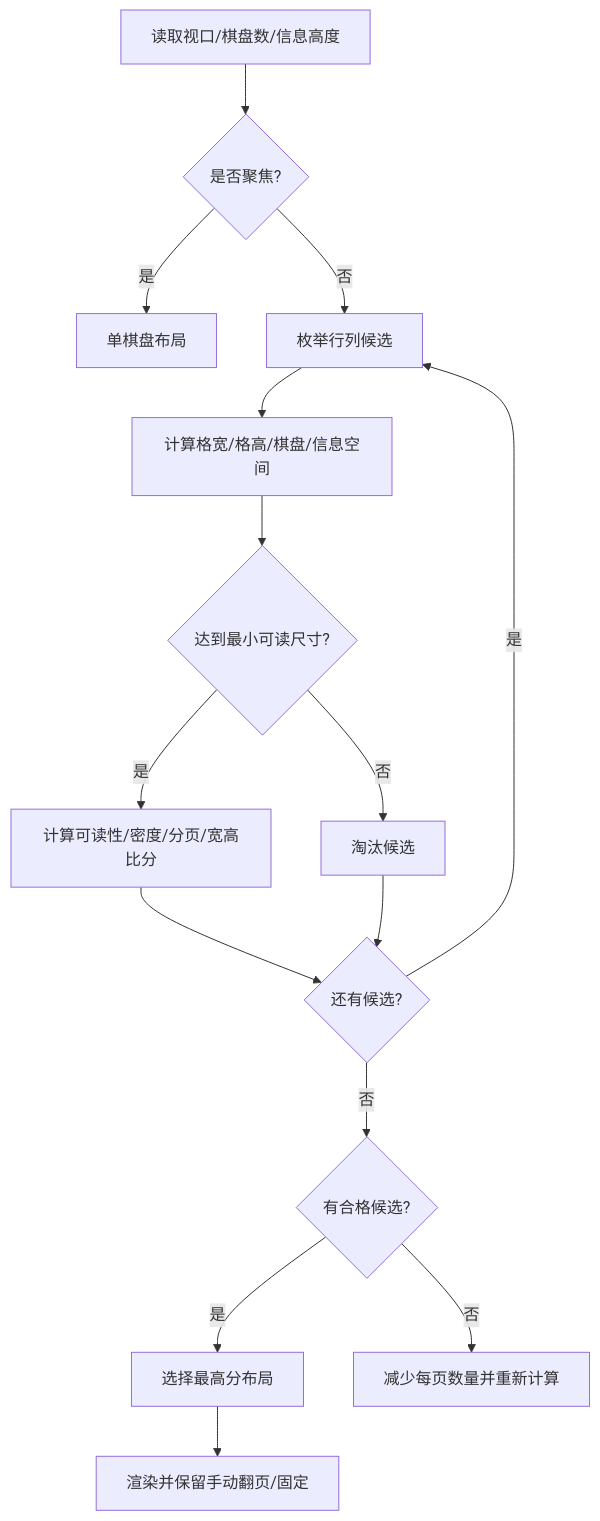
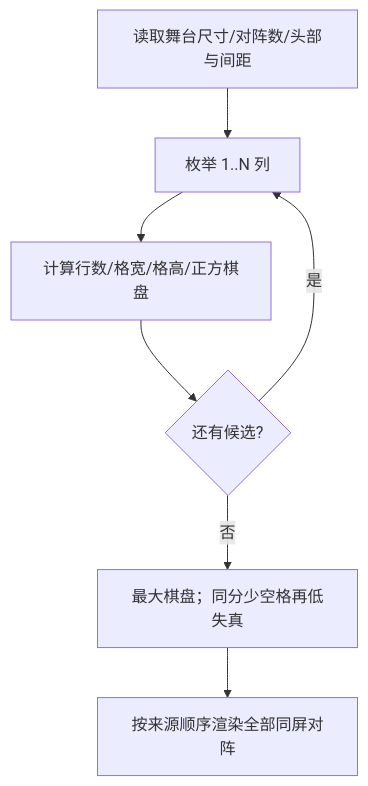
Before and after one commit to ichichuang/chess-pgnviewet-vue: the fifth of 9 diagrams in docs/product/PRODUCT_DESIGN_BLUEPRINT.zh-CN.md, drawn with Mermaid. The commit also changed other lines of this file and 21 other files, not shown here.

````diff
--- a/docs/product/PRODUCT_DESIGN_BLUEPRINT.zh-CN.md
+++ b/docs/product/PRODUCT_DESIGN_BLUEPRINT.zh-CN.md
@@ -257,17 +236,9 @@
 ```mermaid
 flowchart TD
-  A[读取视口/棋盘数/信息高度] --> F{是否聚焦?}
-  F -->|是| O[单棋盘布局]
-  F -->|否| C[枚举行列候选]
-  C --> S[计算格宽/格高/棋盘/信息空间]
-  S --> M{达到最小可读尺寸?}
-  M -->|否| X[淘汰候选]
-  M -->|是| P[计算可读性/密度/分页/宽高比分]
-  P --> B{还有候选?}
-  X --> B
+  A[读取舞台尺寸/对阵数/头部与间距] --> C[枚举 1..N 列]
+  C --> S[计算行数/格宽/格高/正方棋盘]
+  S --> B{还有候选?}
   B -->|是| C
-  B -->|否| W{有合格候选?}
-  W -->|是| K[选择最高分布局]
-  W -->|否| R[减少每页数量并重新计算]
-  K --> G[渲染并保留手动翻页/固定]
+  B -->|否| K[最大棋盘；同分少空格再低失真]
+  K --> G[按来源顺序渲染全部同屏对阵]
 ```
````
